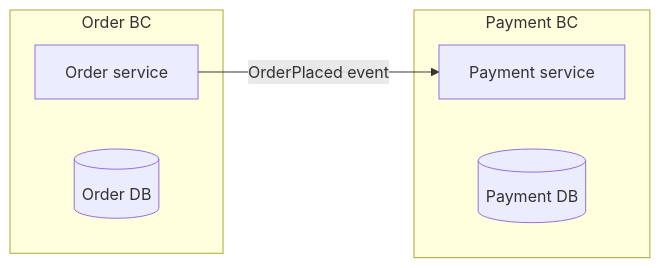
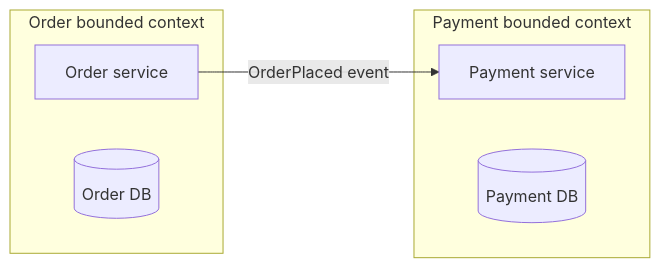
Before and after one commit to hareramcse/SystemDesign: the sixth of 22 diagrams in 08-microservices/README.md, drawn with Mermaid. The commit also changed other lines of this file and 14 other files, not shown here.

````diff
--- a/08-microservices/README.md
+++ b/08-microservices/README.md
@@ -923,12 +636,12 @@
 ```mermaid
 flowchart LR
-    subgraph Order BC
+    subgraph OrderBC["Order bounded context"]
         OS[Order service]
         ODB[(Order DB)]
     end
-    subgraph Payment BC
+    subgraph PaymentBC["Payment bounded context"]
         PS[Payment service]
         PDB[(Payment DB)]
     end
     OS -->|OrderPlaced event| PS
 ```
````
